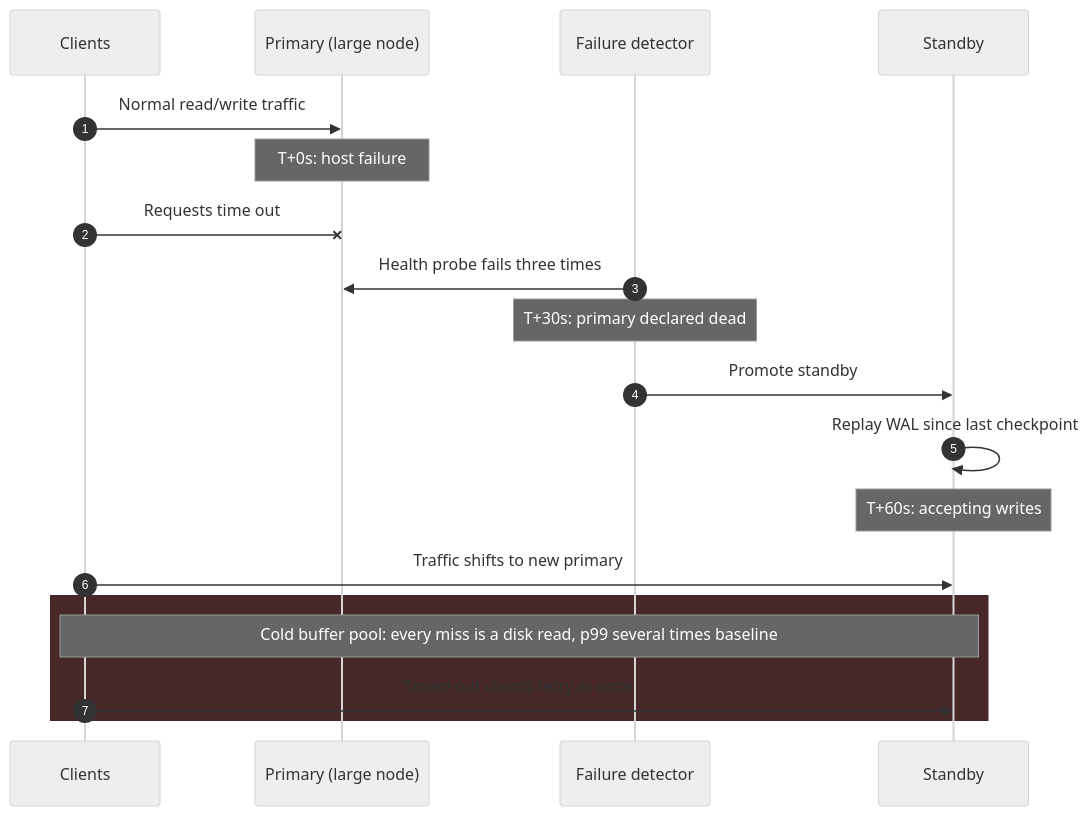
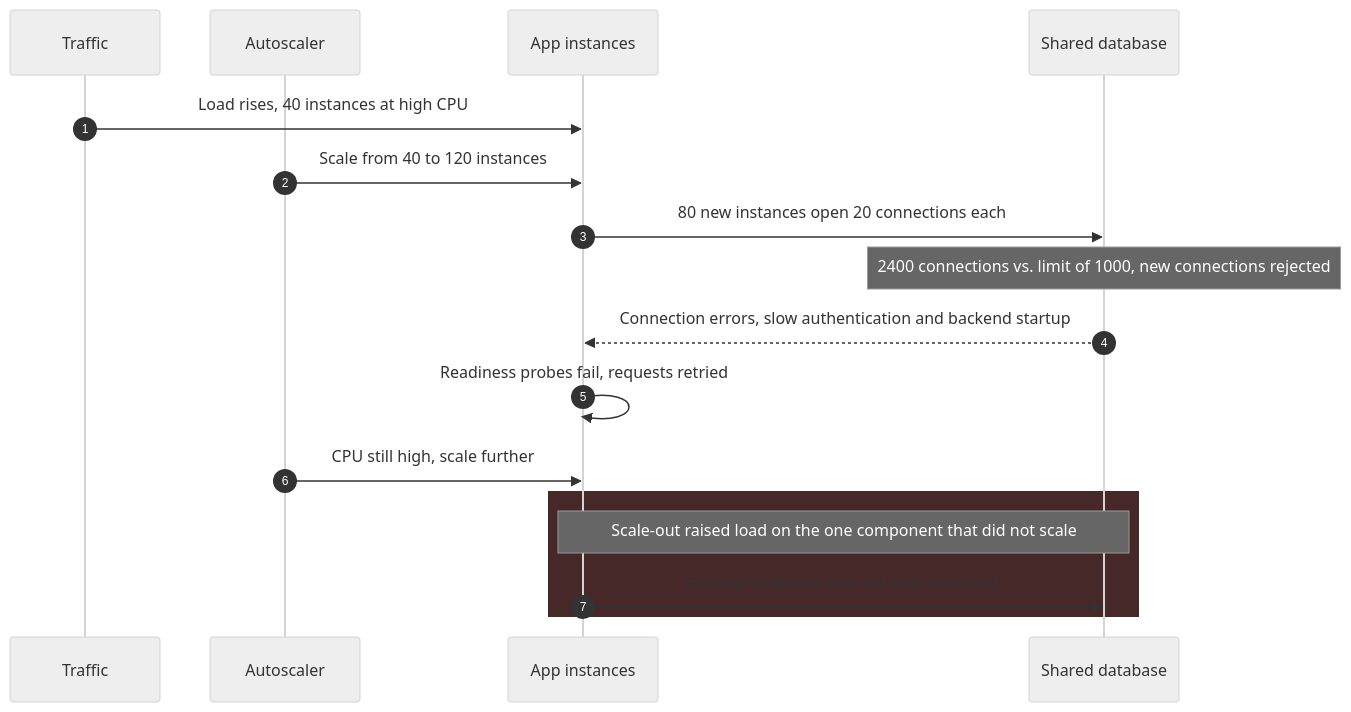
Before and after one commit to gorkemsari/distributed-systems: the fifth of 5 diagrams in authoring/examples/en/scaling-dilemma.mdx, drawn with Mermaid (neutral theme). The commit also changed other lines of this file and 3 other files, not shown here.

````diff
--- a/authoring/examples/en/scaling-dilemma.mdx
+++ b/authoring/examples/en/scaling-dilemma.mdx
@@ -175,21 +196,19 @@
 ```mermaid
 sequenceDiagram
     autonumber
-    participant C as Clients
-    participant P as Primary (large node)
-    participant D as Failure detector
-    participant S as Standby
-    C->>P: Normal read/write traffic
-    Note over P: T+0s: host failure
-    C-xP: Requests time out
-    D->>P: Health probe fails three times
-    Note over D: T+30s: primary declared dead
-    D->>S: Promote standby
-    S->>S: Replay WAL since last checkpoint
-    Note over S: T+60s: accepting writes
-    C->>S: Traffic shifts to new primary
+    participant U as Traffic
+    participant H as Autoscaler
+    participant A as App instances
+    participant D as Shared database
+    U->>A: Load rises, 40 instances at high CPU
+    H->>A: Scale from 40 to 120 instances
+    A->>D: 80 new instances open 20 connections each
+    Note over D: 2400 connections vs. limit of 1000, new connections rejected
+    D-->>A: Connection errors, slow authentication and backend startup
+    A->>A: Readiness probes fail, requests retried
+    H->>A: CPU still high, scale further
     rect rgb(70, 40, 40)
-    Note over C,S: Cold buffer pool: every miss is a disk read, p99 several times baseline
-    C->>S: Timed-out clients retry at once
+    Note over A,D: Scale-out raised load on the one component that did not scale
+    A->>D: Existing instances time out and reconnect
     end
 ```
````
